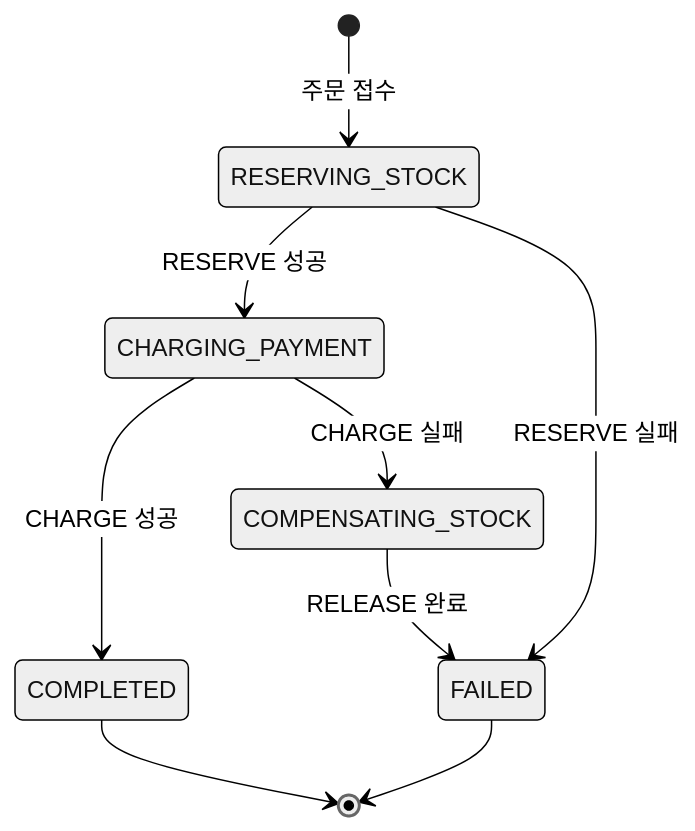
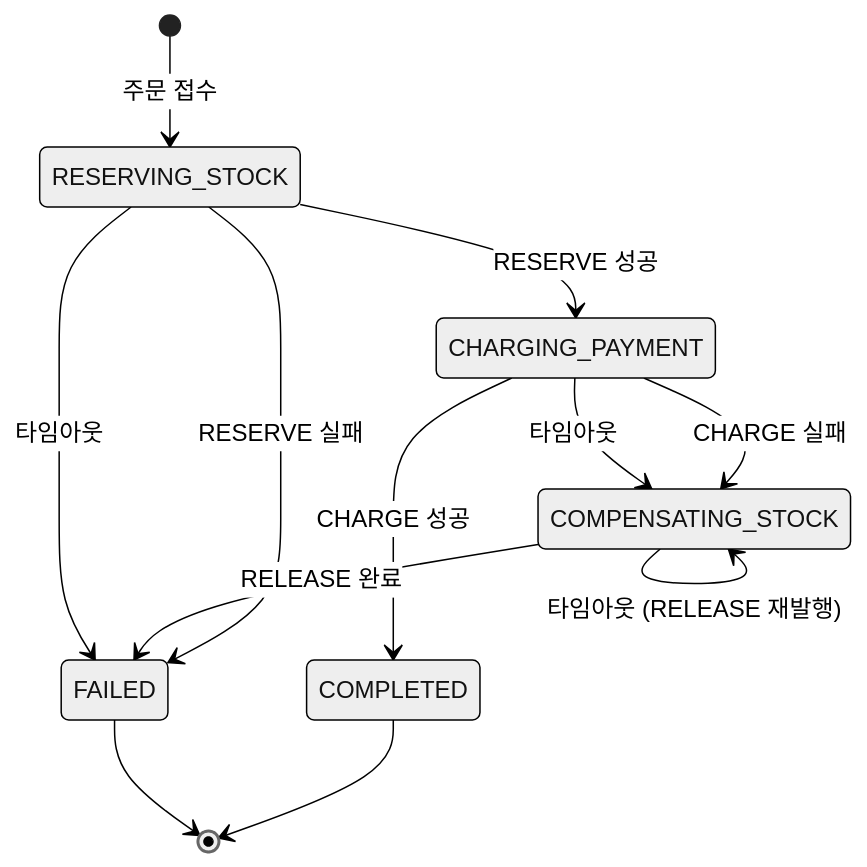
Before and after one commit to Jin-dev92/springboot-simple-msa: diagram 21 of 23 in docs/msa-learning-note.md, drawn with Mermaid (neutral theme). The commit also changed other lines of this file and 7 other files, not shown here.

````diff
--- a/docs/msa-learning-note.md
+++ b/docs/msa-learning-note.md
@@ -1120,11 +1120,14 @@
 ```mermaid
 stateDiagram-v2
     [*] --> RESERVING_STOCK: 주문 접수
     RESERVING_STOCK --> CHARGING_PAYMENT: RESERVE 성공
     RESERVING_STOCK --> FAILED: RESERVE 실패
     CHARGING_PAYMENT --> COMPLETED: CHARGE 성공
     CHARGING_PAYMENT --> COMPENSATING_STOCK: CHARGE 실패
     COMPENSATING_STOCK --> FAILED: RELEASE 완료
+    RESERVING_STOCK --> FAILED: 타임아웃
+    CHARGING_PAYMENT --> COMPENSATING_STOCK: 타임아웃
+    COMPENSATING_STOCK --> COMPENSATING_STOCK: 타임아웃 (RELEASE 재발행)
     COMPLETED --> [*]
     FAILED --> [*]
 ```
````
